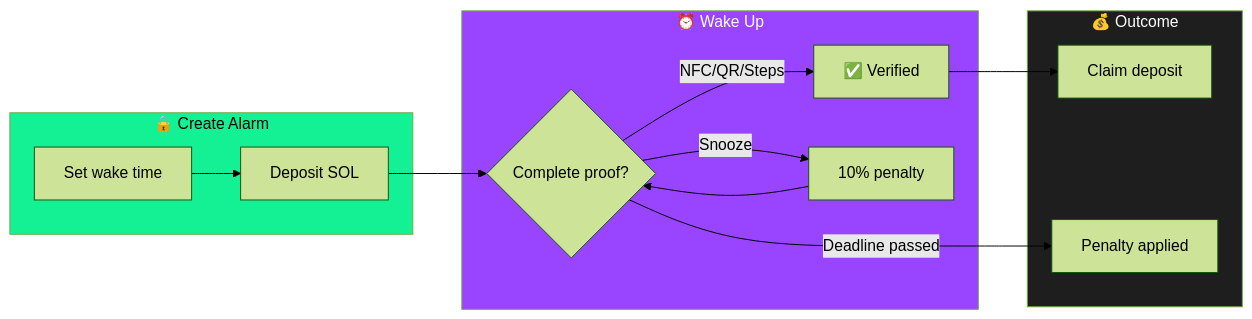
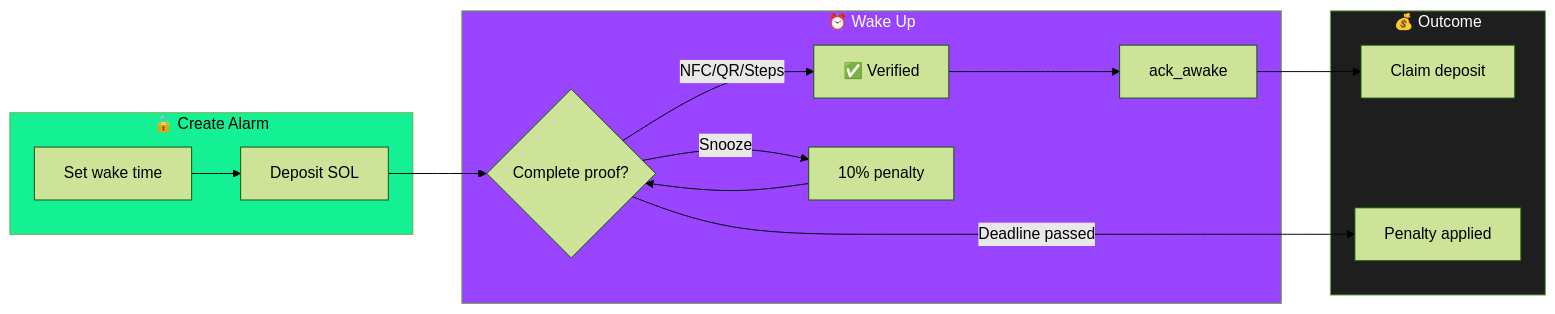
Before and after one commit to sapirl7/solarma: the first of 2 diagrams in README.md, drawn with Mermaid (forest theme). The commit also changed 1 other file, not shown here.

Commit message:
docs: Update diagrams to include ack_awake instruction and Acknowledged state
- ARCHITECTURE.md: Add Acknowledged to state machine, add ack_awake to instruction table
- README.md: Add ack_awake step to How It Works Mermaid flow diagram

````diff
--- a/README.md
+++ b/README.md
@@ -62,26 +62,27 @@
 ```mermaid
 flowchart LR
     subgraph CREATE["🔒 Create Alarm"]
         A[Set wake time] --> B[Deposit SOL]
     end
     
     subgraph WAKE["⏰ Wake Up"]
         C{Complete proof?}
         C -->|NFC/QR/Steps| D[✅ Verified]
+        D --> D2[ack_awake]
         C -->|Snooze| E[10% penalty]
         E --> C
     end
     
     subgraph RESULT["💰 Outcome"]
         F[Claim deposit]
         G[Penalty applied]
     end
     
     B --> C
-    D --> F
+    D2 --> F
     C -->|Deadline passed| G
     
     style CREATE fill:#14F195,color:#000
     style WAKE fill:#9945FF,color:#fff
     style RESULT fill:#1E1E1E,color:#fff
 ```
````
